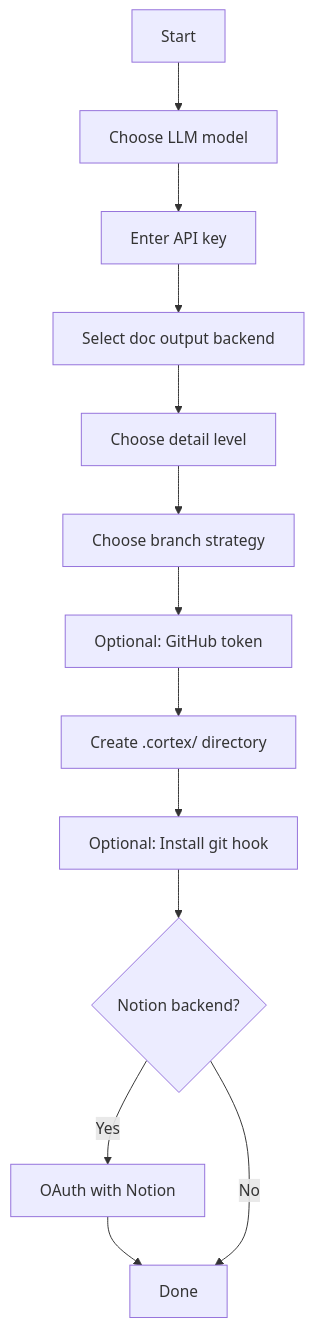
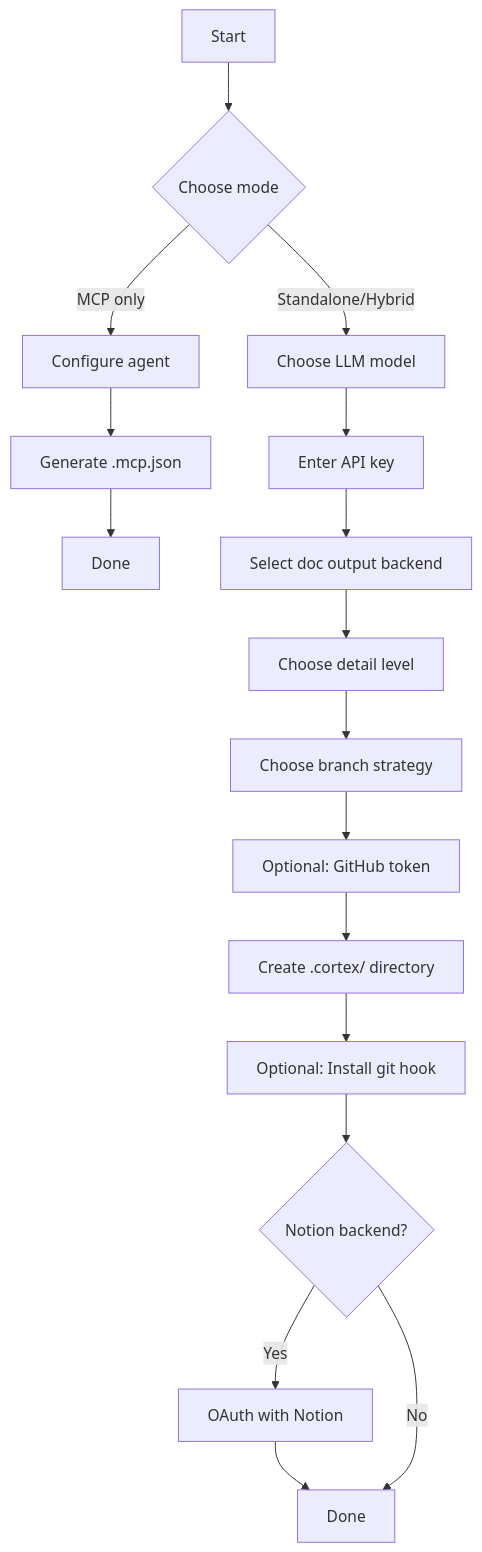
Before and after one commit to sarupurisailalith/codebase-cortex: the first of 3 diagrams in docs/cli-reference.md, drawn with Mermaid. The commit also changed other lines of this file and 3 other files, not shown here.

Commit message:
docs: update README, CLAUDE.md, pyproject.toml, and CLI reference for v0.3.0 MCP server mode

````diff
--- a/docs/cli-reference.md
+++ b/docs/cli-reference.md
@@ -75,15 +84,19 @@
 ```mermaid
 graph TD
-    A[Start] --> B[Choose LLM model]
+    A[Start] --> M{Choose mode}
+    M -- MCP only --> N[Configure agent]
+    N --> O[Generate .mcp.json]
+    O --> P[Done]
+    M -- Standalone/Hybrid --> B[Choose LLM model]
     B --> C[Enter API key]
     C --> D[Select doc output backend]
     D --> E[Choose detail level]
     E --> F[Choose branch strategy]
     F --> G[Optional: GitHub token]
     G --> H[Create .cortex/ directory]
     H --> I[Optional: Install git hook]
     I --> J{Notion backend?}
     J -- Yes --> K[OAuth with Notion]
     K --> L[Done]
     J -- No --> L
 ```
````
